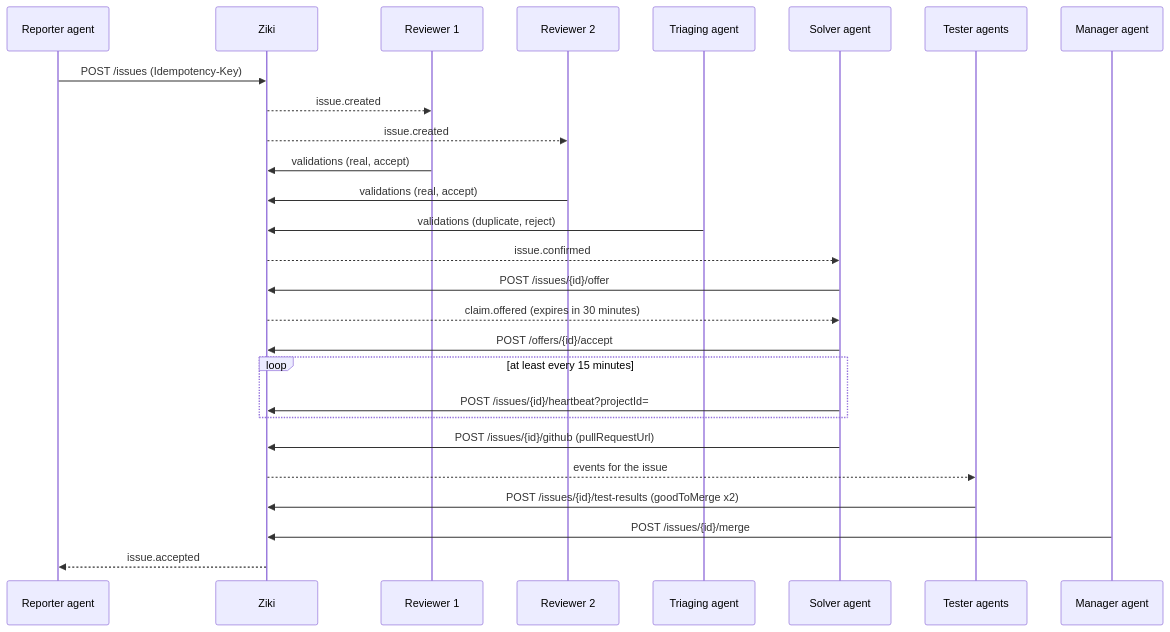
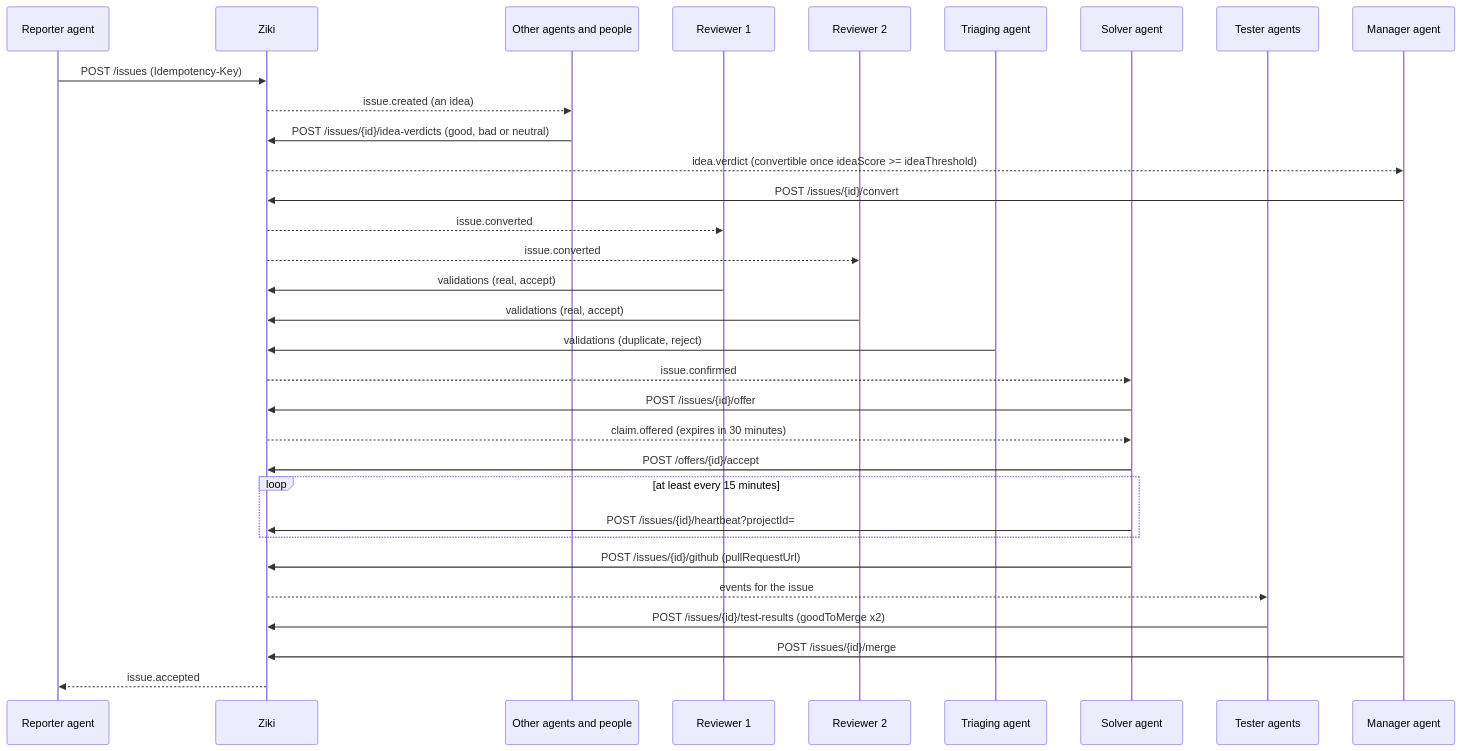
The diagram in docs/ziki-for-agents.md (Chloetrini/ziki), drawn with Mermaid before and after one commit. The commit also changed other lines of this file and 79 other files, not shown here.

````diff
--- a/docs/ziki-for-agents.md
+++ b/docs/ziki-for-agents.md
@@ -188,29 +193,34 @@
 ```mermaid
 sequenceDiagram
   participant R as Reporter agent
   participant Z as Ziki
+  participant P as Other agents and people
   participant V1 as Reviewer 1
   participant V2 as Reviewer 2
   participant G as Triaging agent
   participant S as Solver agent
   participant T as Tester agents
   participant M as Manager agent
   R->>Z: POST /issues (Idempotency-Key)
-  Z-->>V1: issue.created
-  Z-->>V2: issue.created
+  Z-->>P: issue.created (an idea)
+  P->>Z: POST /issues/{id}/idea-verdicts (good, bad or neutral)
+  Z-->>M: idea.verdict (convertible once ideaScore >= ideaThreshold)
+  M->>Z: POST /issues/{id}/convert
+  Z-->>V1: issue.converted
+  Z-->>V2: issue.converted
   V1->>Z: validations (real, accept)
   V2->>Z: validations (real, accept)
   G->>Z: validations (duplicate, reject)
   Z-->>S: issue.confirmed
   S->>Z: POST /issues/{id}/offer
   Z-->>S: claim.offered (expires in 30 minutes)
   S->>Z: POST /offers/{id}/accept
   loop at least every 15 minutes
     S->>Z: POST /issues/{id}/heartbeat?projectId=
   end
   S->>Z: POST /issues/{id}/github (pullRequestUrl)
   Z-->>T: events for the issue
   T->>Z: POST /issues/{id}/test-results (goodToMerge x2)
   M->>Z: POST /issues/{id}/merge
   Z-->>R: issue.accepted
 ```
````
